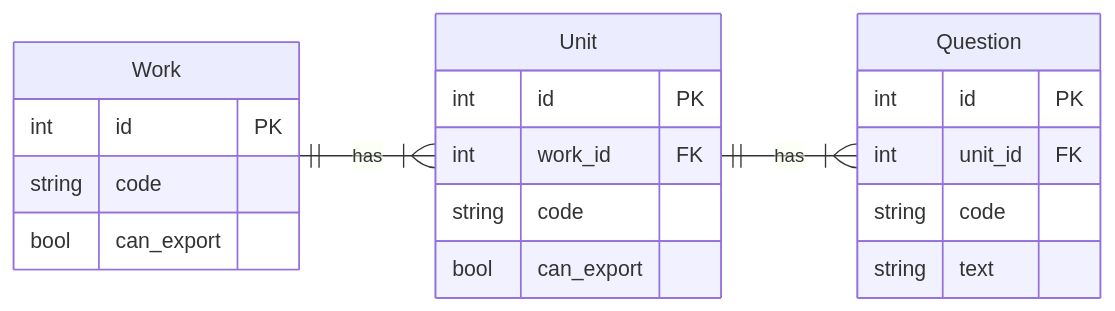
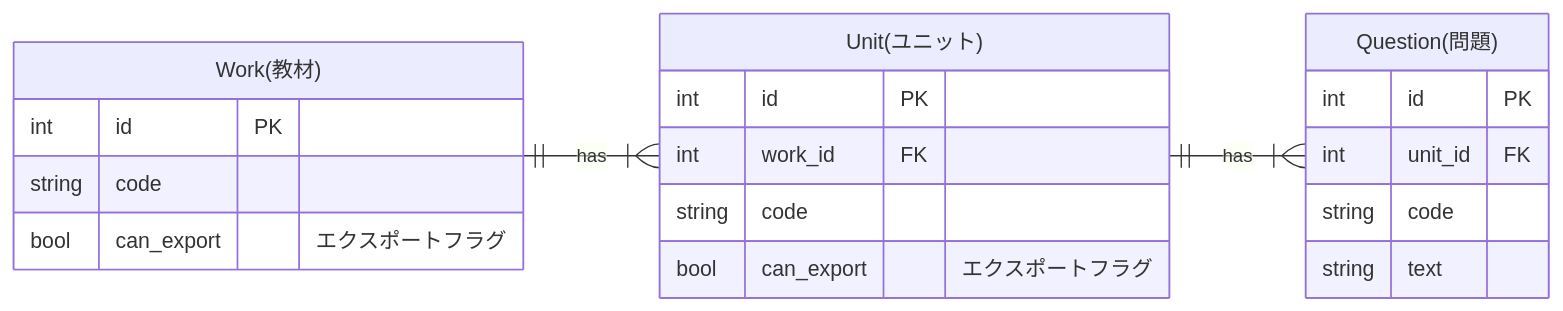
Before and after one commit to takanory/slides: the fifth of 5 diagrams in slides/20260108bpstyle/index.md, drawn with Mermaid. The commit also changed other lines of this file, not shown here.

````diff
--- a/slides/20260108bpstyle/index.md
+++ b/slides/20260108bpstyle/index.md
@@ -293,23 +328,23 @@
 ```{mermaid}
 erDiagram
     direction LR
     Work ||--|{ Unit : has
     Unit ||--|{ Question : has
-    Work {
+    Work["Work(教材)"] {
         int id PK
         string code
-        bool can_export
+        bool can_export "エクスポートフラグ"
     }
-    Unit {
+    Unit["Unit(ユニット)"] {
         int id PK
         int work_id FK
         string code
-        bool can_export
+        bool can_export "エクスポートフラグ"
     }
-    Question {
+    Question["Question(問題)"] {
         int id PK
         int unit_id FK
         string code
         string text
     }
 ```
````
